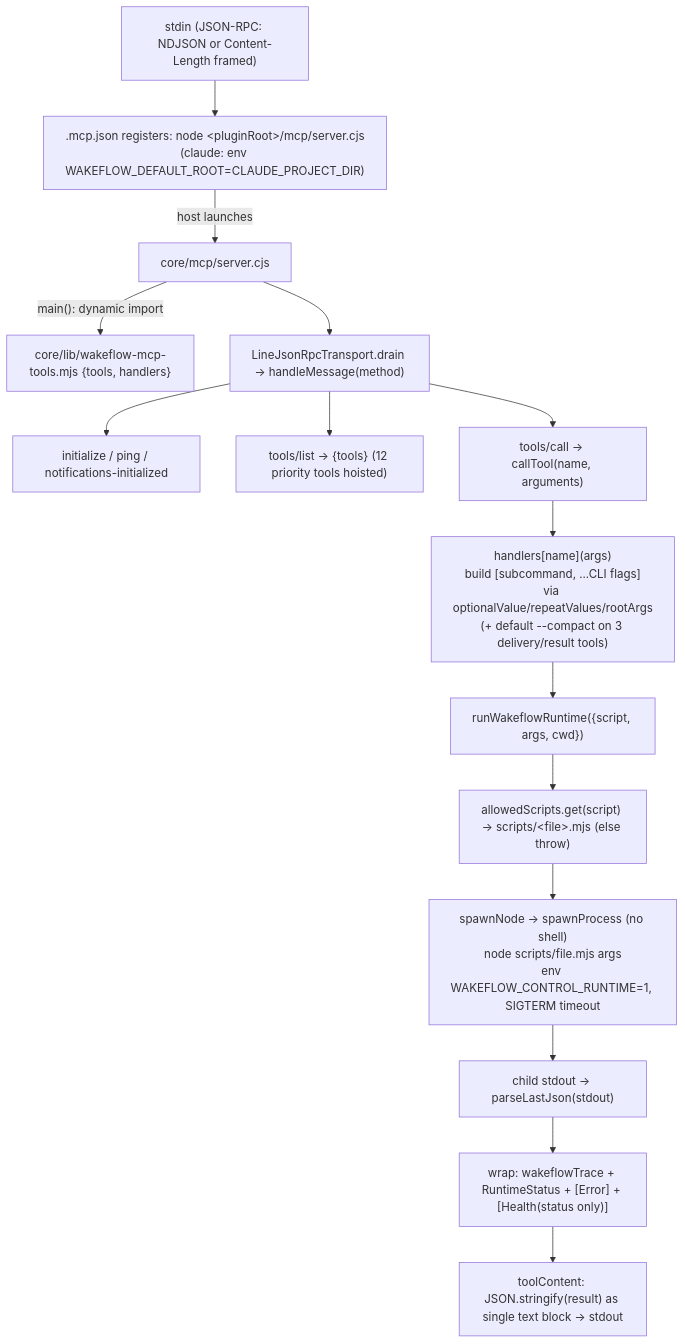
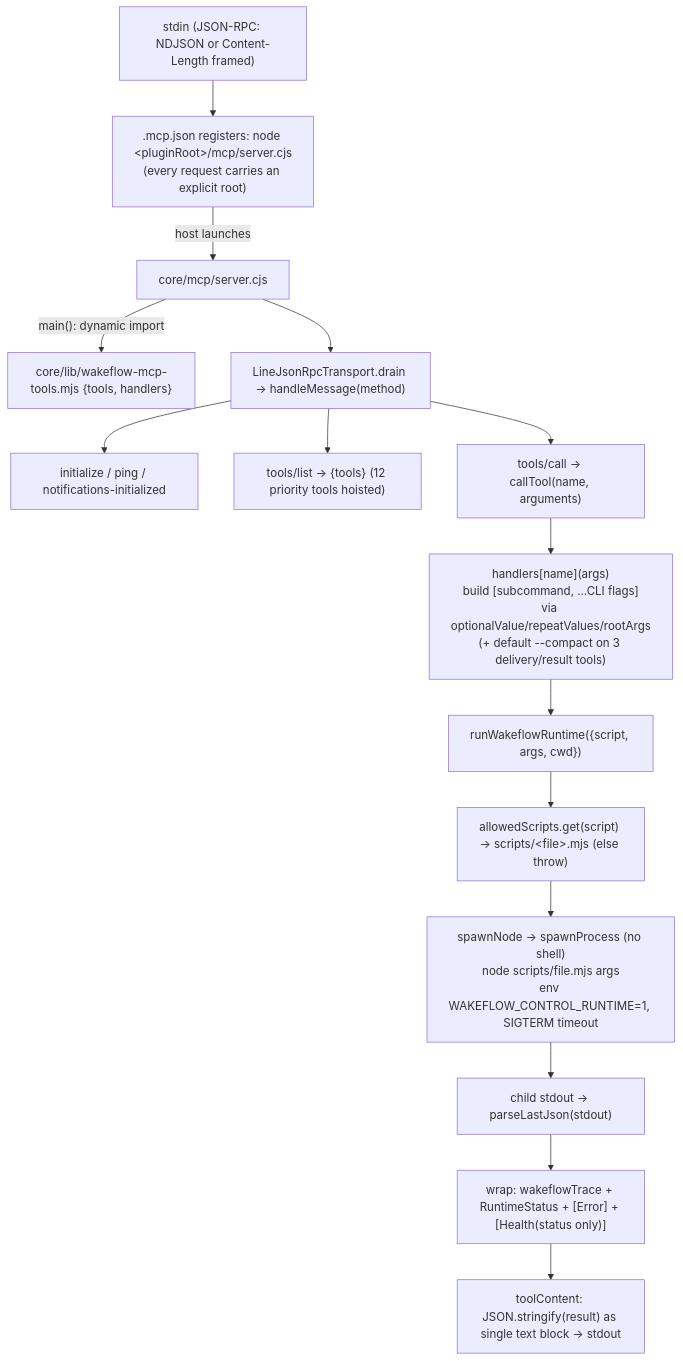
One commit to GxFn/Wakeflow changed the second of 11 diagrams in docs/wakeflow-dual-edition-architecture-and-state-flow.md. Above: the diagram before and after it, drawn with Mermaid. The commit also changed other lines of this file and 8068 other files, not shown here.

````diff
--- a/docs/wakeflow-dual-edition-architecture-and-state-flow.md
+++ b/docs/wakeflow-dual-edition-architecture-and-state-flow.md
@@ -274,19 +283,19 @@
 ```mermaid
 flowchart TB
   STDIN["stdin (JSON-RPC: NDJSON or Content-Length framed)"]
-  REG[".mcp.json registers: node &lt;pluginRoot&gt;/mcp/server.cjs<br/>(claude: env WAKEFLOW_DEFAULT_ROOT=CLAUDE_PROJECT_DIR)"]
+  REG[".mcp.json registers: node &lt;pluginRoot&gt;/mcp/server.cjs<br/>(every request carries an explicit root)"]
   STDIN --> REG
   REG -->|host launches| SRV["core/mcp/server.cjs"]
   SRV -->|"main(): dynamic import"| TOOLS["core/lib/wakeflow-mcp-tools.mjs {tools, handlers}"]
   SRV --> DRAIN["LineJsonRpcTransport.drain → handleMessage(method)"]
   DRAIN --> INIT["initialize / ping / notifications-initialized"]
   DRAIN --> LIST["tools/list → {tools} (12 priority tools hoisted)"]
   DRAIN --> CALL["tools/call → callTool(name, arguments)"]
   CALL --> H["handlers[name](args)<br/>build [subcommand, ...CLI flags]<br/>via optionalValue/repeatValues/rootArgs<br/>(+ default --compact on 3 delivery/result tools)"]
   H --> RT["runWakeflowRuntime({script, args, cwd})"]
   RT --> ALLOW["allowedScripts.get(script) → scripts/&lt;file&gt;.mjs (else throw)"]
   ALLOW --> SPAWN["spawnNode → spawnProcess (no shell)<br/>node scripts/file.mjs args<br/>env WAKEFLOW_CONTROL_RUNTIME=1, SIGTERM timeout"]
   SPAWN --> PARSE["child stdout → parseLastJson(stdout)"]
   PARSE --> WRAP["wrap: wakeflowTrace + RuntimeStatus + [Error] + [Health(status only)]"]
   WRAP --> OUT["toolContent: JSON.stringify(result) as single text block → stdout"]
 ```
````
